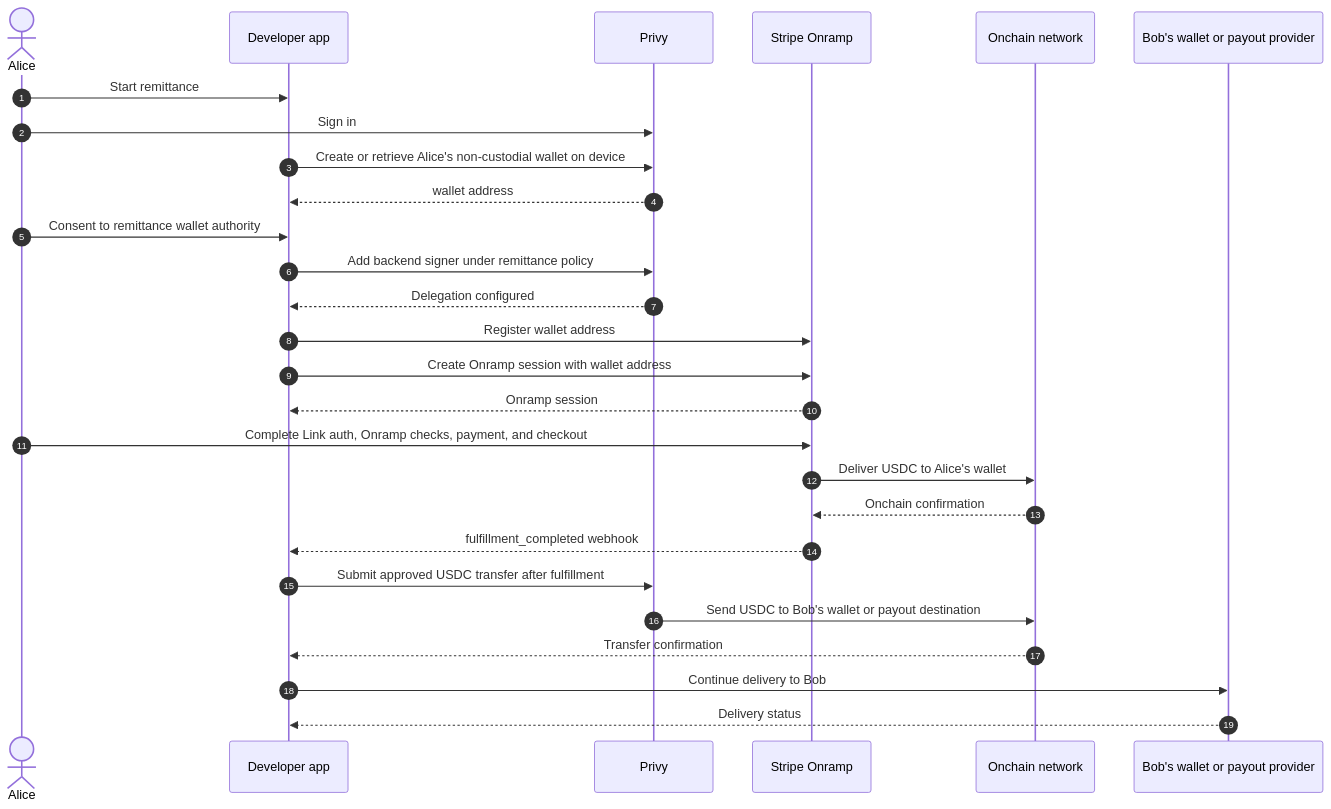
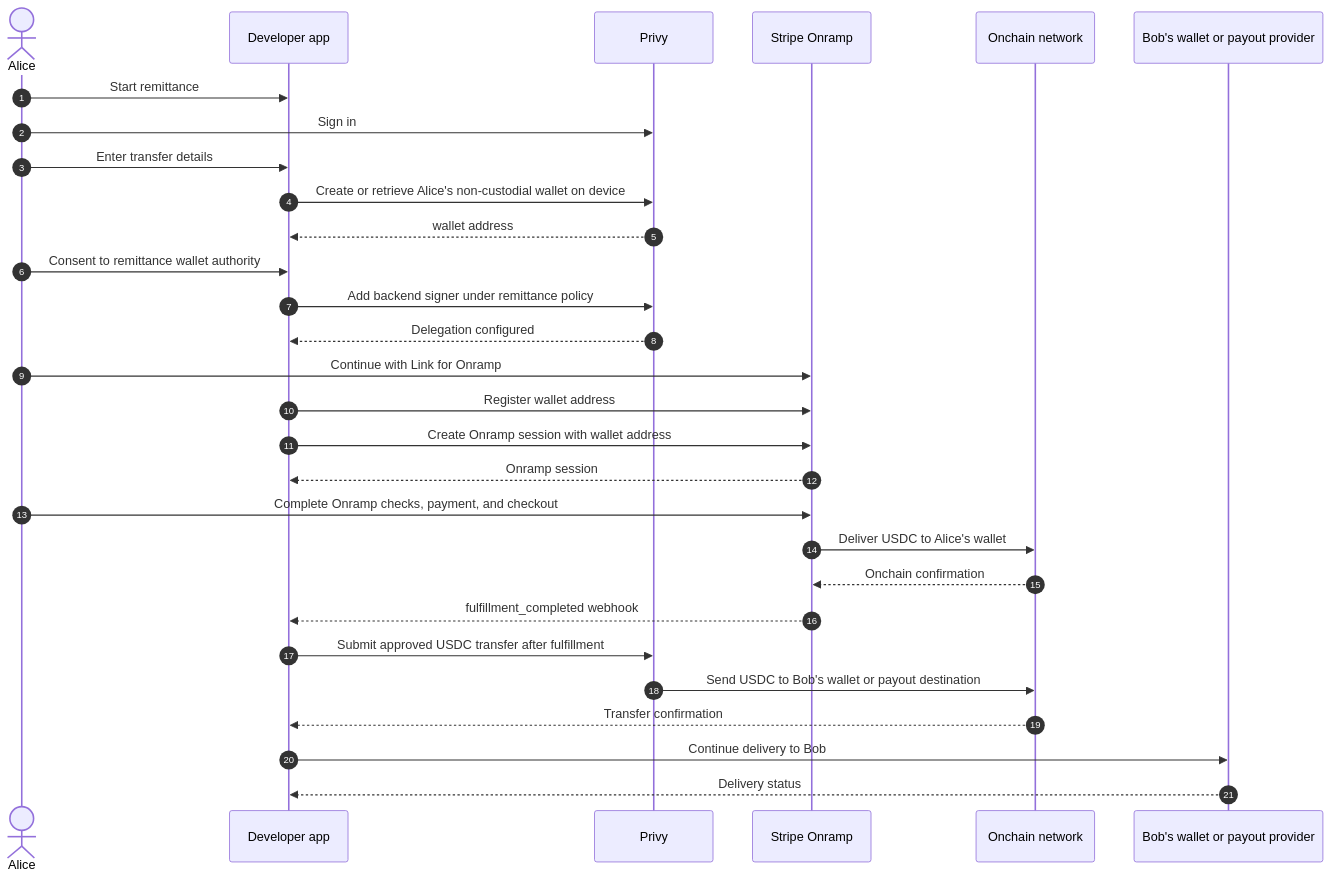
One commit to stripe-samples/crypto-embedded-components-onramp changed the diagram in remittance-privy-onramp/docs/stablecoin-remittance-recipe.md. Above: the diagram before and after it, drawn with Mermaid. The commit also changed other lines of this file and 13 other files, not shown here.

First line of the commit message:
Refine remittance payment flow

````diff
--- a/remittance-privy-onramp/docs/stablecoin-remittance-recipe.md
+++ b/remittance-privy-onramp/docs/stablecoin-remittance-recipe.md
@@ -41,32 +43,34 @@
 ```mermaid
 sequenceDiagram
   autonumber
   actor Alice
   participant App as Developer app
   participant Privy
   participant Stripe as Stripe Onramp
   participant Chain as Onchain network
   participant Downstream as Bob's wallet or payout provider
 
   Alice->>App: Start remittance
   Alice->>Privy: Sign in
+  Alice->>App: Enter transfer details
   App->>Privy: Create or retrieve Alice's non-custodial wallet on device
   Privy-->>App: wallet address
   Alice->>App: Consent to remittance wallet authority
   App->>Privy: Add backend signer under remittance policy
   Privy-->>App: Delegation configured
 
+  Alice->>Stripe: Continue with Link for Onramp
   App->>Stripe: Register wallet address
   App->>Stripe: Create Onramp session with wallet address
   Stripe-->>App: Onramp session
-  Alice->>Stripe: Complete Link auth, Onramp checks, payment, and checkout
+  Alice->>Stripe: Complete Onramp checks, payment, and checkout
   Stripe->>Chain: Deliver USDC to Alice's wallet
   Chain-->>Stripe: Onchain confirmation
   Stripe-->>App: fulfillment_completed webhook
 
   App->>Privy: Submit approved USDC transfer after fulfillment
   Privy->>Chain: Send USDC to Bob's wallet or payout destination
   Chain-->>App: Transfer confirmation
   App->>Downstream: Continue delivery to Bob
   Downstream-->>App: Delivery status
 ```
````
